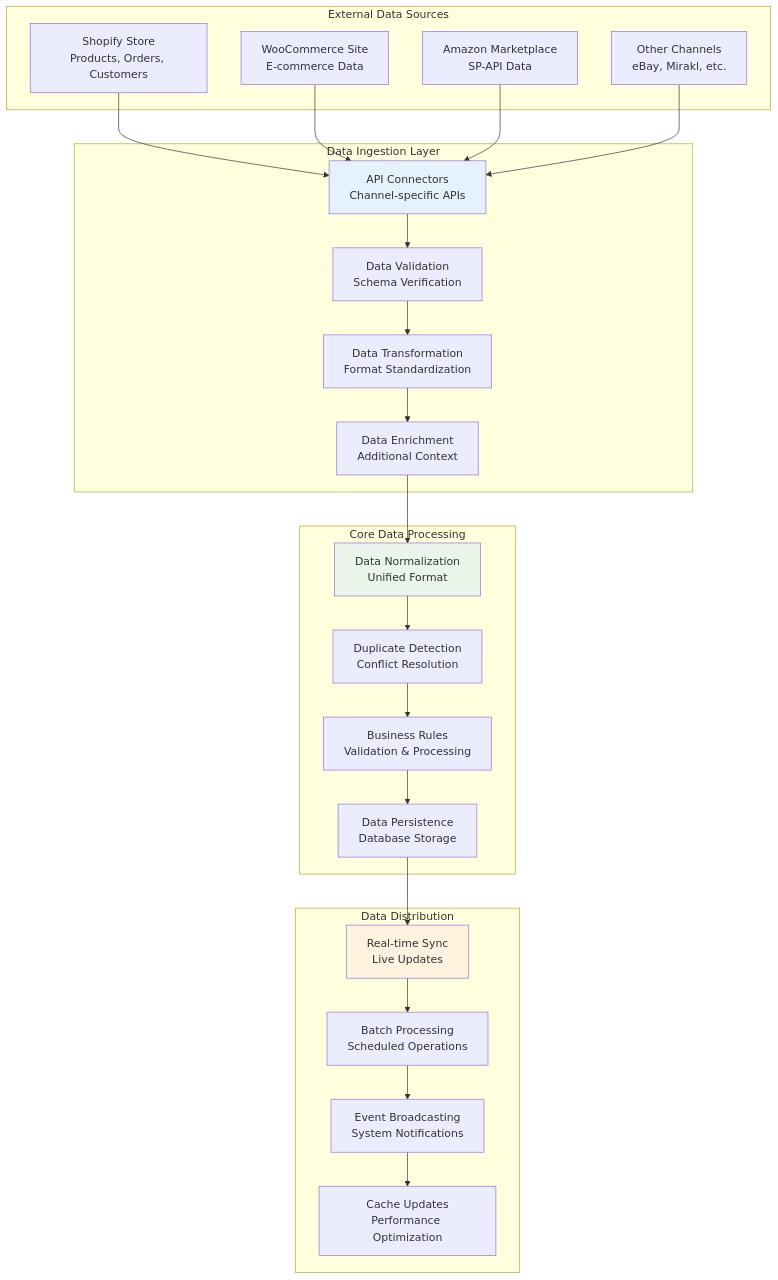
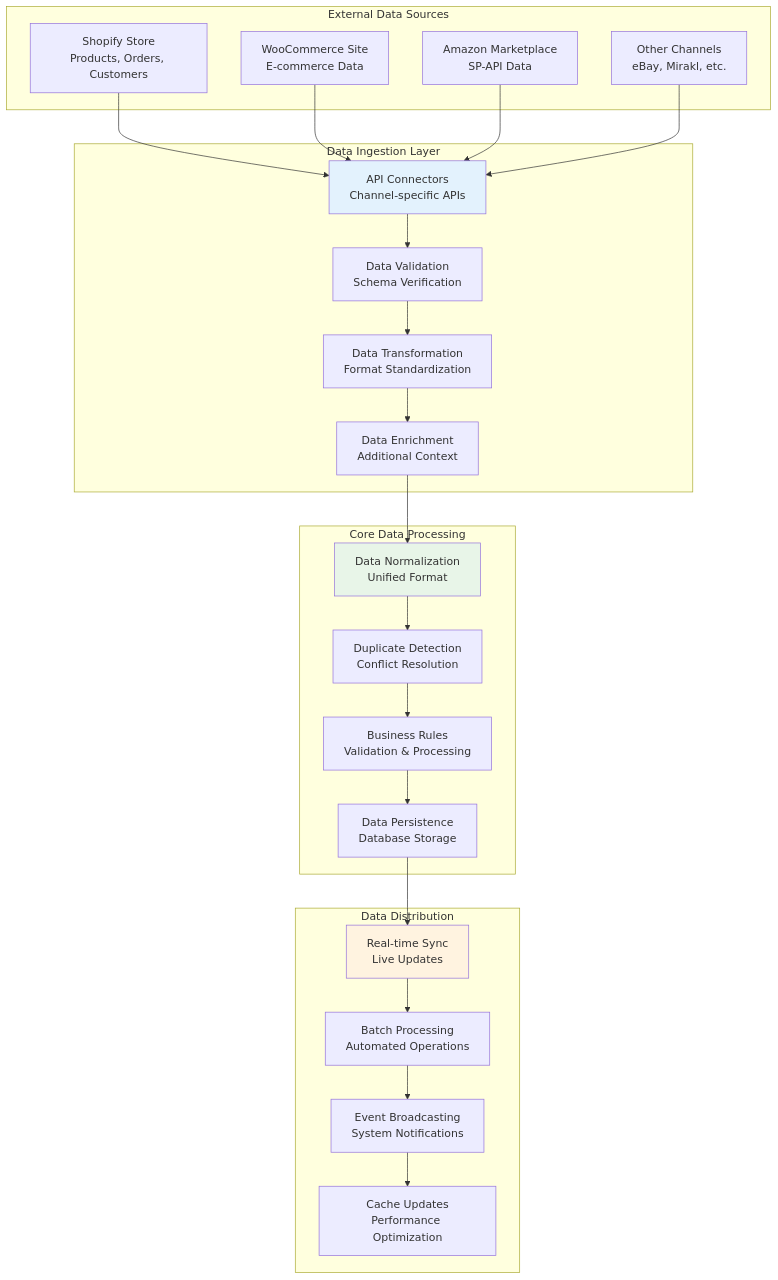
Diagram 43 of 44 in README.md (sandeepkumar0801/Digihub), drawn with Mermaid before and after one commit. The commit also changed other lines of this file and 1 other file, not shown here.

````diff
--- a/README.md
+++ b/README.md
@@ -5938,43 +6285,43 @@
 ```mermaid
 graph TB
     subgraph "External Data Sources"
         A1[Shopify Store<br/>Products, Orders, Customers]
         A2[WooCommerce Site<br/>E-commerce Data]
         A3[Amazon Marketplace<br/>SP-API Data]
         A4[Other Channels<br/>eBay, Mirakl, etc.]
     end
 
     subgraph "Data Ingestion Layer"
         B1[API Connectors<br/>Channel-specific APIs]
         B2[Data Validation<br/>Schema Verification]
         B3[Data Transformation<br/>Format Standardization]
         B4[Data Enrichment<br/>Additional Context]
     end
 
     subgraph "Core Data Processing"
         C1[Data Normalization<br/>Unified Format]
         C2[Duplicate Detection<br/>Conflict Resolution]
         C3[Business Rules<br/>Validation & Processing]
         C4[Data Persistence<br/>Database Storage]
     end
 
     subgraph "Data Distribution"
         D1[Real-time Sync<br/>Live Updates]
-        D2[Batch Processing<br/>Scheduled Operations]
+        D2[Batch Processing<br/>Automated Operations]
         D3[Event Broadcasting<br/>System Notifications]
         D4[Cache Updates<br/>Performance Optimization]
     end
 
     A1 --> B1
     A2 --> B1
     A3 --> B1
     A4 --> B1
 
     B1 --> B2 --> B3 --> B4
     B4 --> C1 --> C2 --> C3 --> C4
     C4 --> D1 --> D2 --> D3 --> D4
 
     style B1 fill:#e3f2fd
     style C1 fill:#e8f5e8
     style D1 fill:#fff3e0
 ```
````
